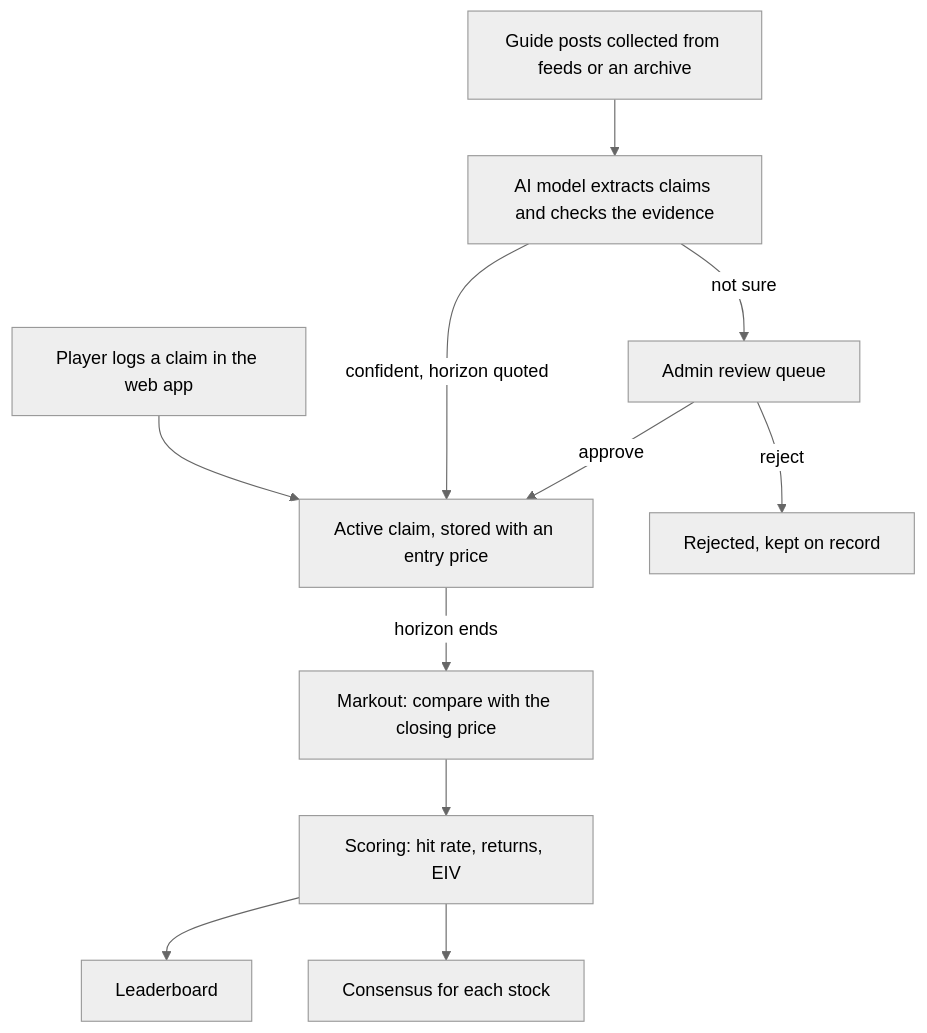
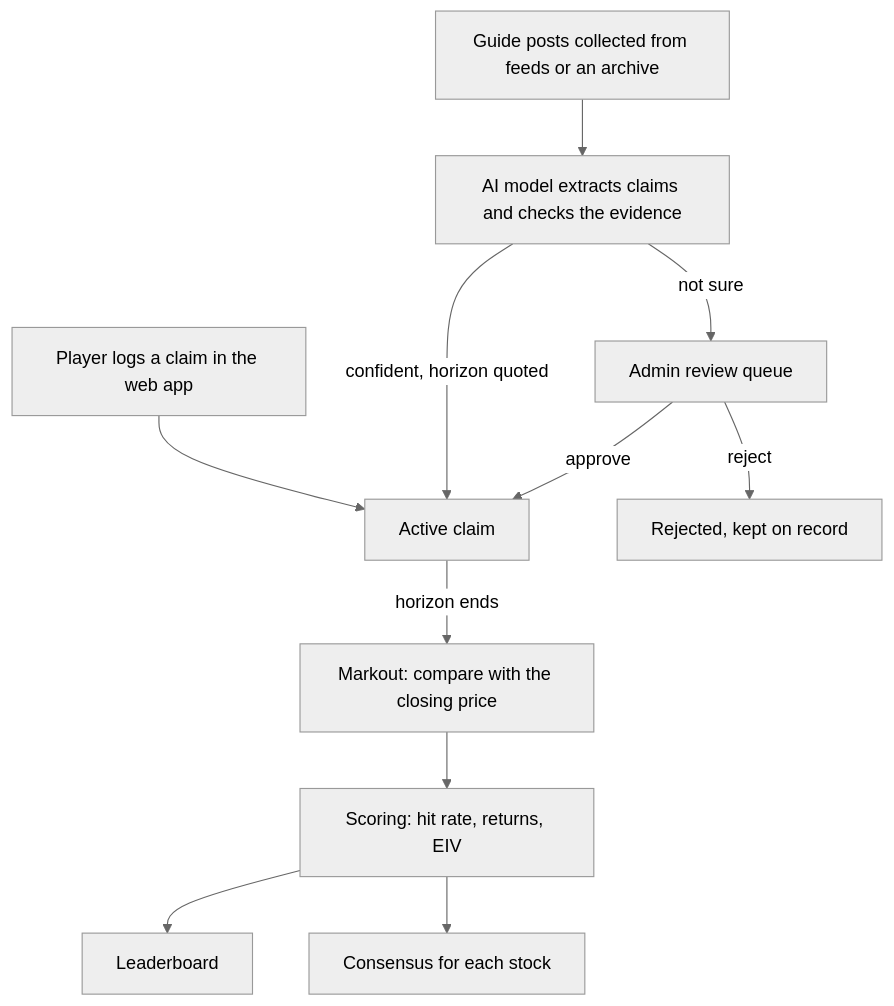
One commit to nmasamba/deepmint changed the diagram in README.md. Above: the diagram before and after it, drawn with Mermaid (neutral theme). The commit also changed other lines of this file and 14 other files, not shown here.

````diff
--- a/README.md
+++ b/README.md
@@ -40,13 +40,13 @@
 ```mermaid
 flowchart TD
   P["Player logs a claim in the web app"] --> A
   G["Guide posts collected from feeds or an archive"] --> L["AI model extracts claims and checks the evidence"]
-  L -->|"confident, horizon quoted"| A["Active claim, stored with an entry price"]
+  L -->|"confident, horizon quoted"| A["Active claim"]
   L -->|"not sure"| R["Admin review queue"]
   R -->|"approve"| A
   R -->|"reject"| X["Rejected, kept on record"]
   A -->|"horizon ends"| M["Markout: compare with the closing price"]
   M --> S["Scoring: hit rate, returns, EIV"]
   S --> B["Leaderboard"]
   S --> C["Consensus for each stock"]
 ```
````
